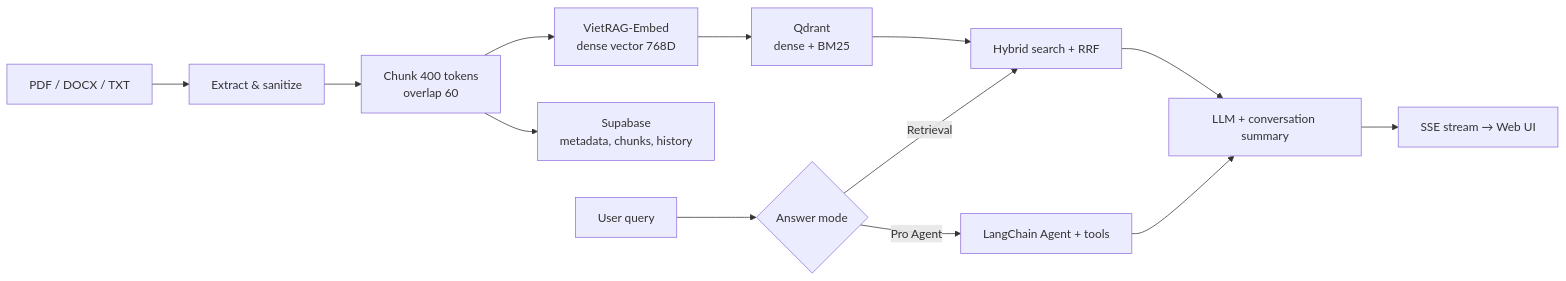
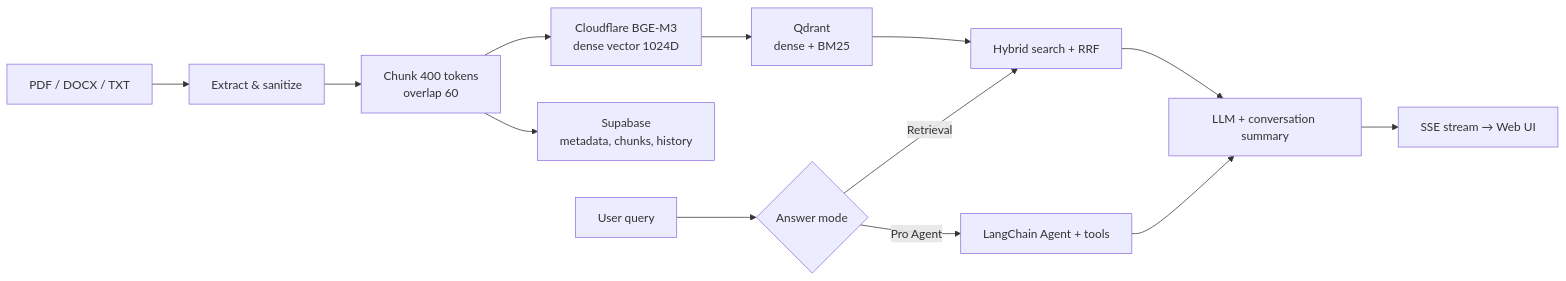
Before and after one commit to nhminh107/MyNotebook: the diagram in README.md, drawn with Mermaid. The commit also changed other lines of this file and 3 other files, not shown here.

````diff
--- a/README.md
+++ b/README.md
@@ -10,16 +10,16 @@
 ```mermaid
 flowchart LR
     U["PDF / DOCX / TXT"] --> E["Extract & sanitize"]
     E --> C["Chunk 400 tokens<br/>overlap 60"]
-    C --> V["VietRAG-Embed<br/>dense vector 768D"]
+    C --> V["Cloudflare BGE-M3<br/>dense vector 1024D"]
     C --> S["Supabase<br/>metadata, chunks, history"]
     V --> Q["Qdrant<br/>dense + BM25"]
 
     X["User query"] --> M{"Answer mode"}
     M -->|Retrieval| H["Hybrid search + RRF"]
     M -->|Pro Agent| A["LangChain Agent + tools"]
     Q --> H
     H --> L["LLM + conversation summary"]
     A --> L
     L --> O["SSE stream → Web UI"]
 ```
````
